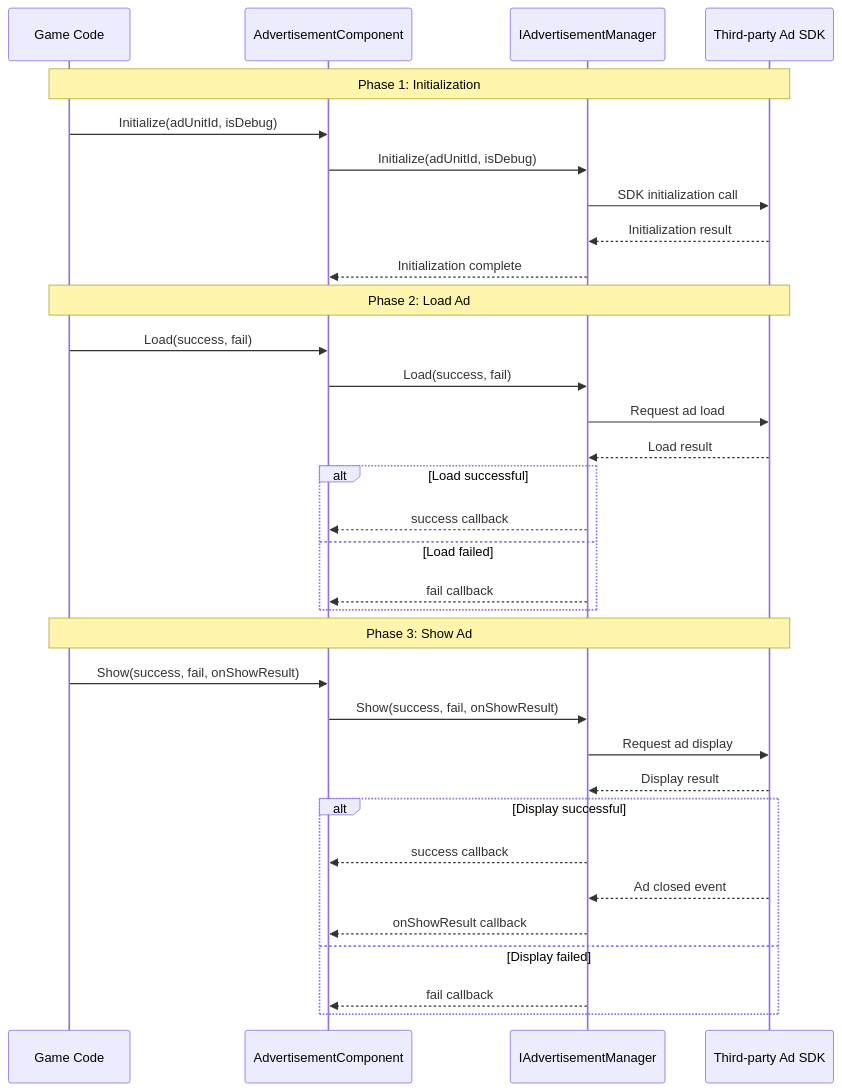
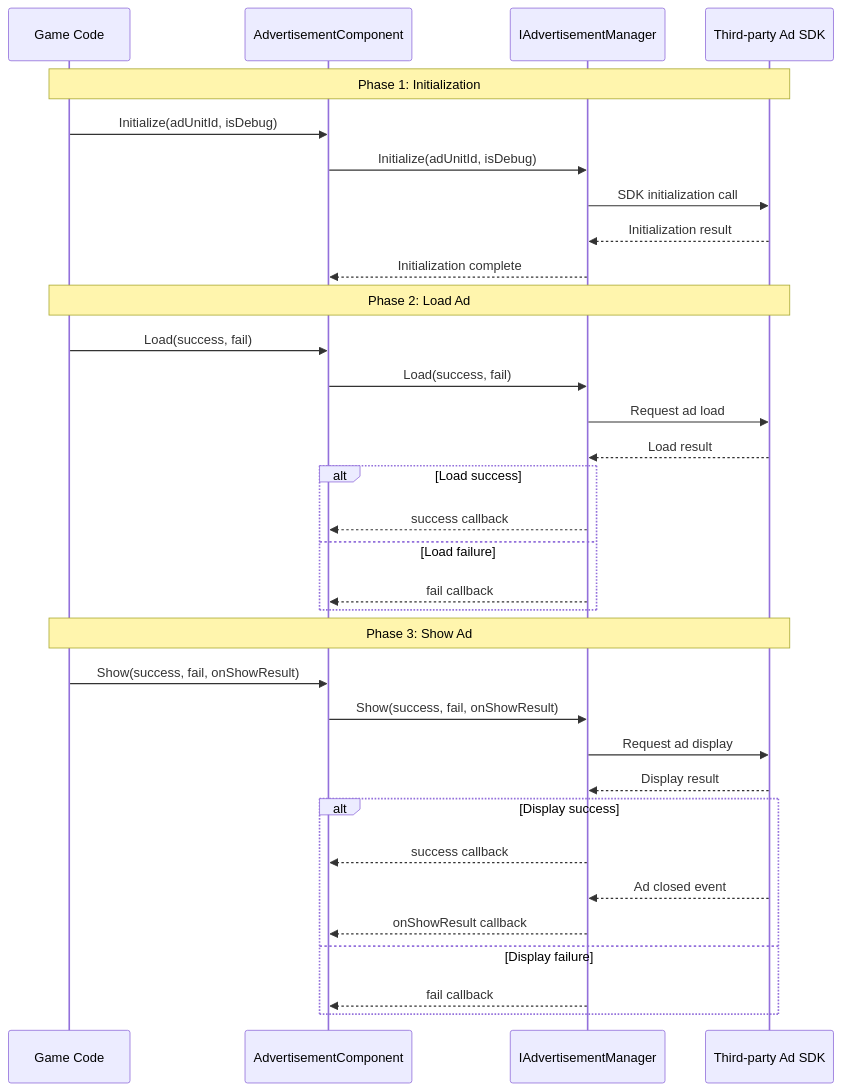
Before and after one commit to AlianBlank/GameFrameX.Docs: the second of 2 diagrams in docs/en/client/unity/component/advertisement/01.overview.md, drawn with Mermaid. The commit also changed other lines of this file and 148 other files, not shown here.

````diff
--- a/docs/en/client/unity/component/advertisement/01.overview.md
+++ b/docs/en/client/unity/component/advertisement/01.overview.md
@@ -99,38 +99,38 @@
 ```mermaid
 sequenceDiagram
     participant Game as Game Code
     participant AdComp as AdvertisementComponent
     participant AdMgr as IAdvertisementManager
     participant SDK as Third-party Ad SDK
 
     Note over Game,SDK: Phase 1: Initialization
     Game->>AdComp: Initialize(adUnitId, isDebug)
     AdComp->>AdMgr: Initialize(adUnitId, isDebug)
     AdMgr->>SDK: SDK initialization call
     SDK-->>AdMgr: Initialization result
     AdMgr-->>AdComp: Initialization complete
 
     Note over Game,SDK: Phase 2: Load Ad
     Game->>AdComp: Load(success, fail)
     AdComp->>AdMgr: Load(success, fail)
     AdMgr->>SDK: Request ad load
     SDK-->>AdMgr: Load result
-    alt Load successful
+    alt Load success
         AdMgr-->>AdComp: success callback
-    else Load failed
+    else Load failure
         AdMgr-->>AdComp: fail callback
     end
 
     Note over Game,SDK: Phase 3: Show Ad
     Game->>AdComp: Show(success, fail, onShowResult)
     AdComp->>AdMgr: Show(success, fail, onShowResult)
     AdMgr->>SDK: Request ad display
     SDK-->>AdMgr: Display result
-    alt Display successful
+    alt Display success
         AdMgr-->>AdComp: success callback
         SDK-->>AdMgr: Ad closed event
         AdMgr-->>AdComp: onShowResult callback
-    else Display failed
+    else Display failure
         AdMgr-->>AdComp: fail callback
     end
 ```
````
